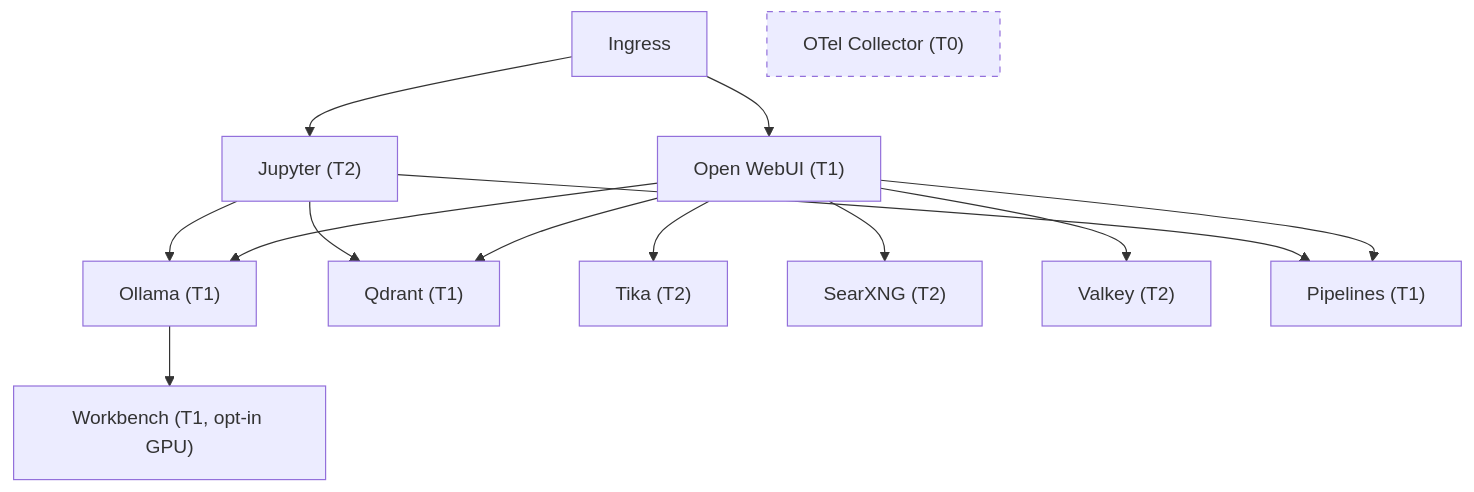
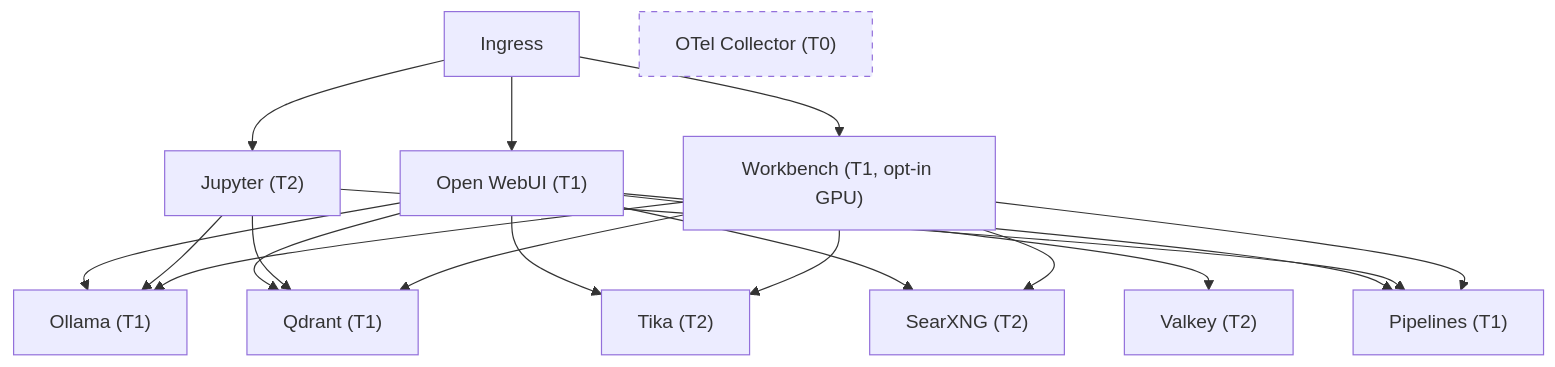
One commit to rmednitzer/ai-stack changed the diagram in README.md. Above: the diagram before and after it, drawn with Mermaid. The commit also changed 3 other files, not shown here.

First line of the commit message:
Fix Workbench and Jupyter correctness in diagram and templates

````diff
--- a/README.md
+++ b/README.md
@@ -11,22 +11,27 @@
 ```mermaid
 graph TD
   Ingress --> OpenWebUI["Open WebUI (T1)"]
   Ingress --> Jupyter["Jupyter (T2)"]
+  Ingress --> Workbench["Workbench (T1, opt-in GPU)"]
 
   OpenWebUI --> Ollama["Ollama (T1)"]
   OpenWebUI --> Qdrant["Qdrant (T1)"]
   OpenWebUI --> Tika["Tika (T2)"]
   OpenWebUI --> SearXNG["SearXNG (T2)"]
   OpenWebUI --> Valkey["Valkey (T2)"]
   OpenWebUI --> Pipelines["Pipelines (T1)"]
 
   Jupyter --> Ollama
   Jupyter --> Qdrant
   Jupyter --> Pipelines
 
-  Ollama --> Workbench["Workbench (T1, opt-in GPU)"]
+  Workbench --> Ollama
+  Workbench --> Qdrant
+  Workbench --> Pipelines
+  Workbench --> Tika
+  Workbench --> SearXNG
 
   OTel["OTel Collector (T0)"]
 
   style OTel stroke-dasharray: 5 5
 ```
````
